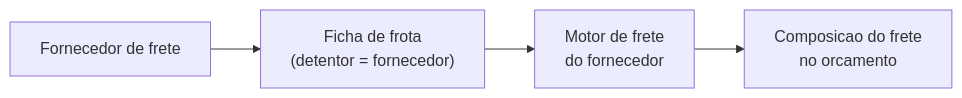
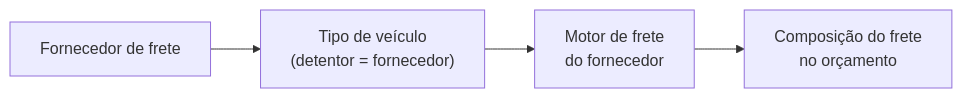
One commit to LocFlowTeam/locflow-docs changed the diagram in parcerias/fornecedores-de-frete.md. Above: the diagram before and after it, drawn with Mermaid. The commit also changed other lines of this file and 18 other files, not shown here.

````diff
--- a/parcerias/fornecedores-de-frete.md
+++ b/parcerias/fornecedores-de-frete.md
@@ -84,6 +109,6 @@
 ```mermaid
 flowchart LR
-    F[Fornecedor de frete] --> E["Ficha de frota<br/>(detentor = fornecedor)"]
+    F[Fornecedor de frete] --> E["Tipo de veículo<br/>(detentor = fornecedor)"]
     E --> M["Motor de frete<br/>do fornecedor"]
-    M --> C["Composicao do frete<br/>no orcamento"]
+    M --> C["Composição do frete<br/>no orçamento"]
 ```
````
